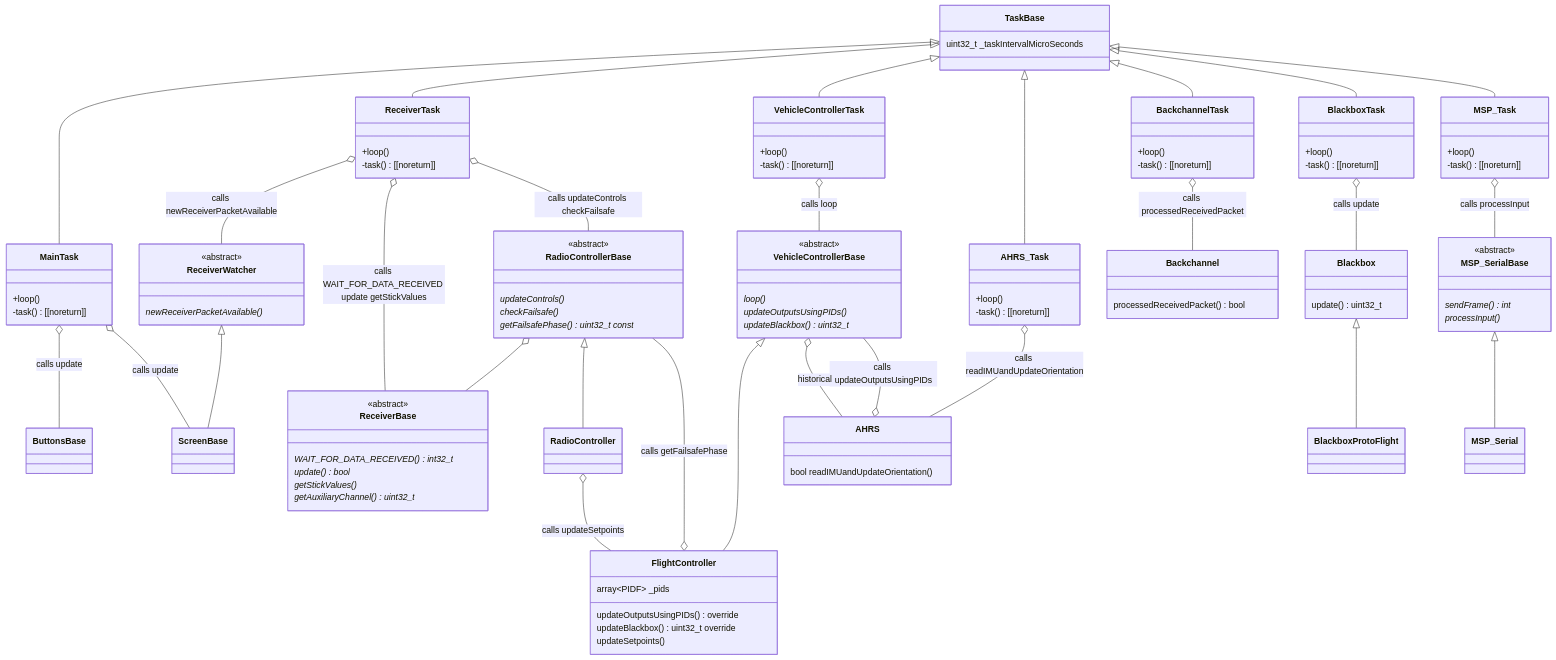
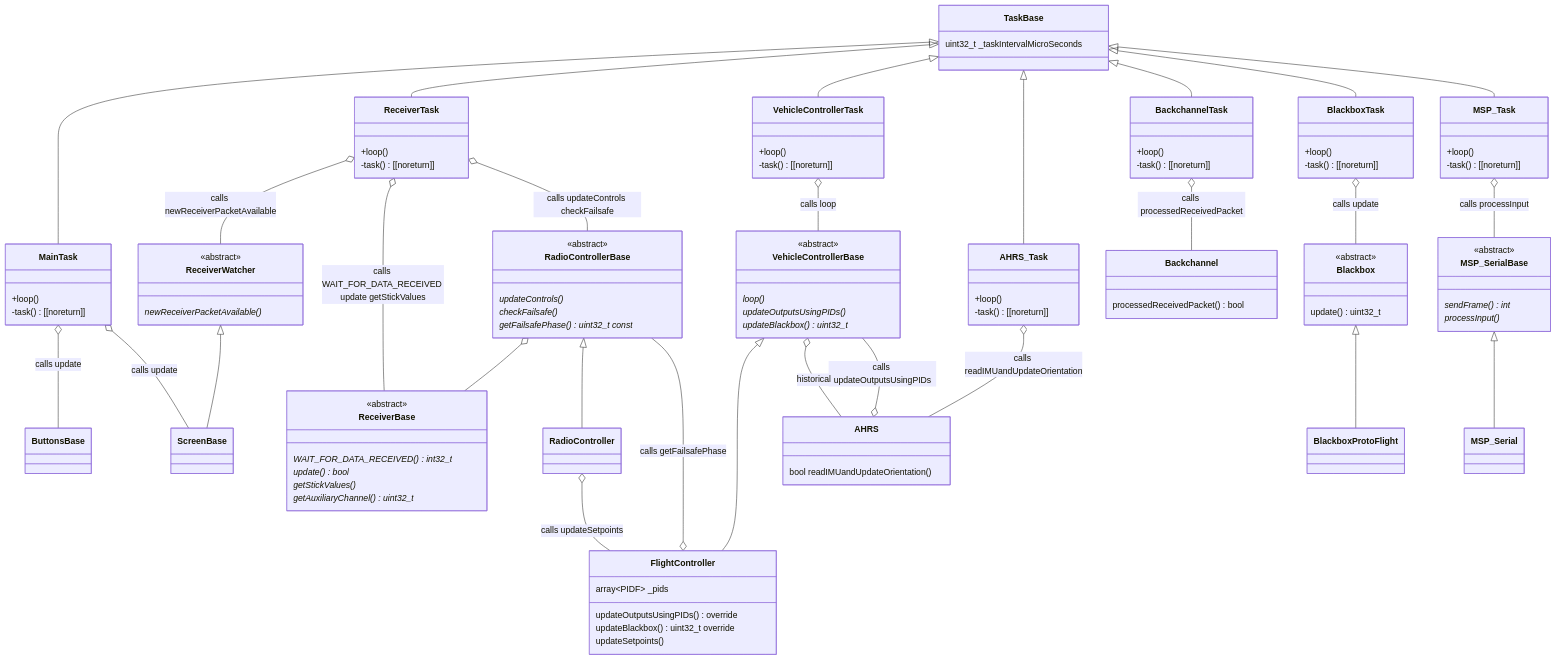
One commit to martinbudden/Protoflight changed the second of 5 diagrams in README.md. Above: the diagram before and after it, drawn with Mermaid. The commit also changed other lines of this file and 3 other files, not shown here.

```diff
--- a/README.md
+++ b/README.md
@@ -428,10 +434,11 @@
         -task() [[noreturn]]
     }
     BlackboxTask o-- Blackbox : calls update
-    Blackbox <|-- BlackboxProtoFlight
     class Blackbox {
+        <<abstract>>
         update() uint32_t
     }
+    Blackbox <|-- BlackboxProtoFlight
 
     TaskBase <|-- MSP_Task
     class MSP_Task {
```
